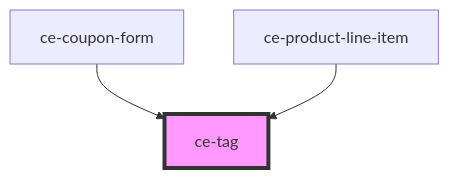
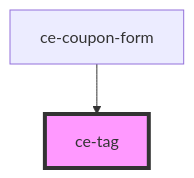
Before and after one commit to surecart/surecart-wp-plugin: the diagram in packages/components/src/components/ui/tag/readme.md, drawn with Mermaid. The commit also changed other lines of this file and 50 other files, not shown here.

````diff
--- a/packages/components/src/components/ui/tag/readme.md
+++ b/packages/components/src/components/ui/tag/readme.md
@@ -41,6 +40,5 @@
 ```mermaid
 graph TD;
   ce-coupon-form --> ce-tag
-  ce-product-line-item --> ce-tag
   style ce-tag fill:#f9f,stroke:#333,stroke-width:4px
 ```
````
